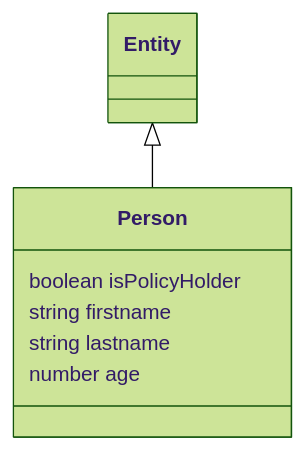
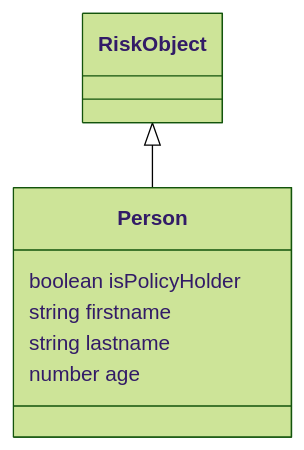
One commit to codexstanford/Insurance-Payout-Ontology changed the diagram in datamodel-build/mermaid/Person.mmd. Above: the diagram before and after it, drawn with Mermaid (forest theme). The commit also changed 67 other files, not shown here.

```diff
--- a/datamodel-build/mermaid/Person.mmd
+++ b/datamodel-build/mermaid/Person.mmd
@@ -1,12 +1,12 @@
 classDiagram
   
 
-Entity <|-- Person
+RiskObject <|-- Person
 class Person {
 
   boolean isPolicyHolder
   string firstname
   string lastname
   number age
 
 }
```
